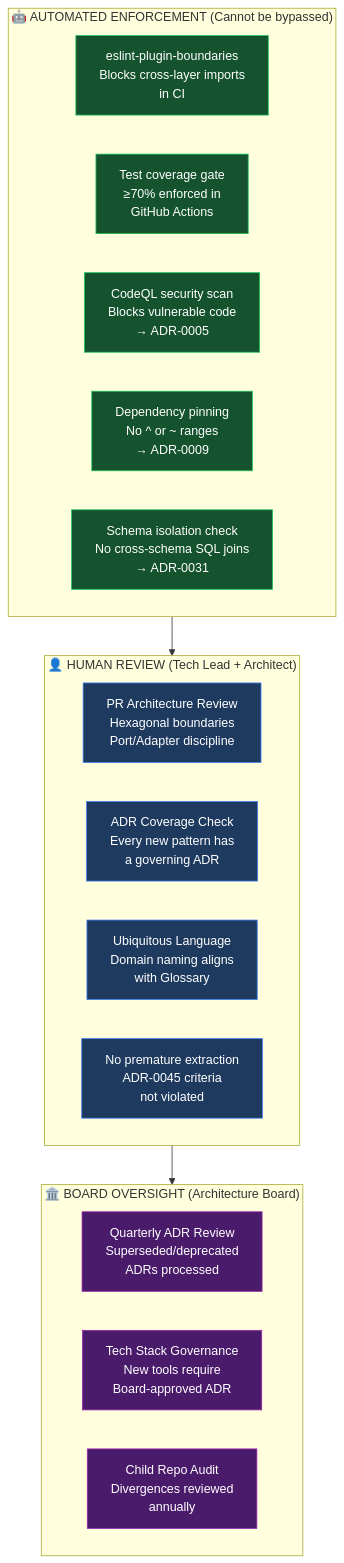
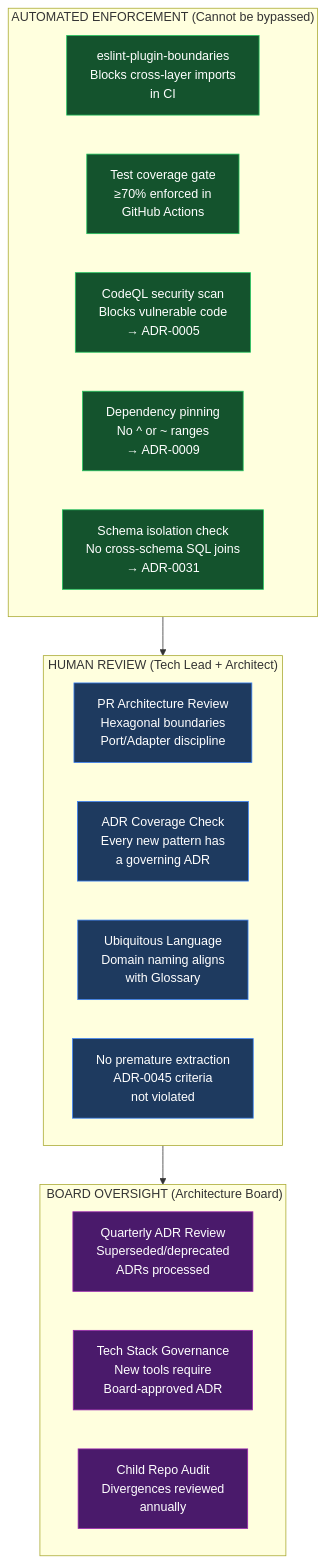
The fourth of 4 diagrams in reference/governance/standards/communication/visuals/v06-governance-flow.md (beyondnetcode/evolith_arch32), drawn with Mermaid before and after one commit. The commit also changed other lines of this file and 41 other files, not shown here.

````diff
--- a/reference/governance/standards/communication/visuals/v06-governance-flow.md
+++ b/reference/governance/standards/communication/visuals/v06-governance-flow.md
@@ -142,32 +142,32 @@
 ```mermaid
 flowchart TB
     classDef auto fill:#14532d,stroke:#22c55e,color:#fff
     classDef human fill:#1e3a5f,stroke:#3b82f6,color:#fff
     classDef policy fill:#4a1a6b,stroke:#9c27b0,color:#fff
 
-    subgraph AUTOMATED["🤖 AUTOMATED ENFORCEMENT (Cannot be bypassed)"]
+    subgraph AUTOMATED[" AUTOMATED ENFORCEMENT (Cannot be bypassed)"]
         direction LR
         AE1["eslint-plugin-boundaries\nBlocks cross-layer imports\nin CI"]:::auto
         AE2["Test coverage gate\n≥70% enforced in\nGitHub Actions"]:::auto
         AE3["CodeQL security scan\nBlocks vulnerable code\n→ ADR-0005"]:::auto
         AE4["Dependency pinning\nNo ^ or ~ ranges\n→ ADR-0009"]:::auto
         AE5["Schema isolation check\nNo cross-schema SQL joins\n→ ADR-0031"]:::auto
     end
 
-    subgraph HUMAN["👤 HUMAN REVIEW (Tech Lead + Architect)"]
+    subgraph HUMAN[" HUMAN REVIEW (Tech Lead + Architect)"]
         direction LR
         HR1["PR Architecture Review\nHexagonal boundaries\nPort/Adapter discipline"]:::human
         HR2["ADR Coverage Check\nEvery new pattern has\na governing ADR"]:::human
         HR3["Ubiquitous Language\nDomain naming aligns\nwith Glossary"]:::human
         HR4["No premature extraction\nADR-0045 criteria\nnot violated"]:::human
     end
 
-    subgraph BOARD["🏛️ BOARD OVERSIGHT (Architecture Board)"]
+    subgraph BOARD["️ BOARD OVERSIGHT (Architecture Board)"]
         direction LR
         BO1["Quarterly ADR Review\nSuperseded/deprecated\nADRs processed"]:::policy
         BO2["Tech Stack Governance\nNew tools require\nBoard-approved ADR"]:::policy
         BO3["Child Repo Audit\nDivergences reviewed\nannually"]:::policy
     end
 
     AUTOMATED --> HUMAN --> BOARD
 ```
````
